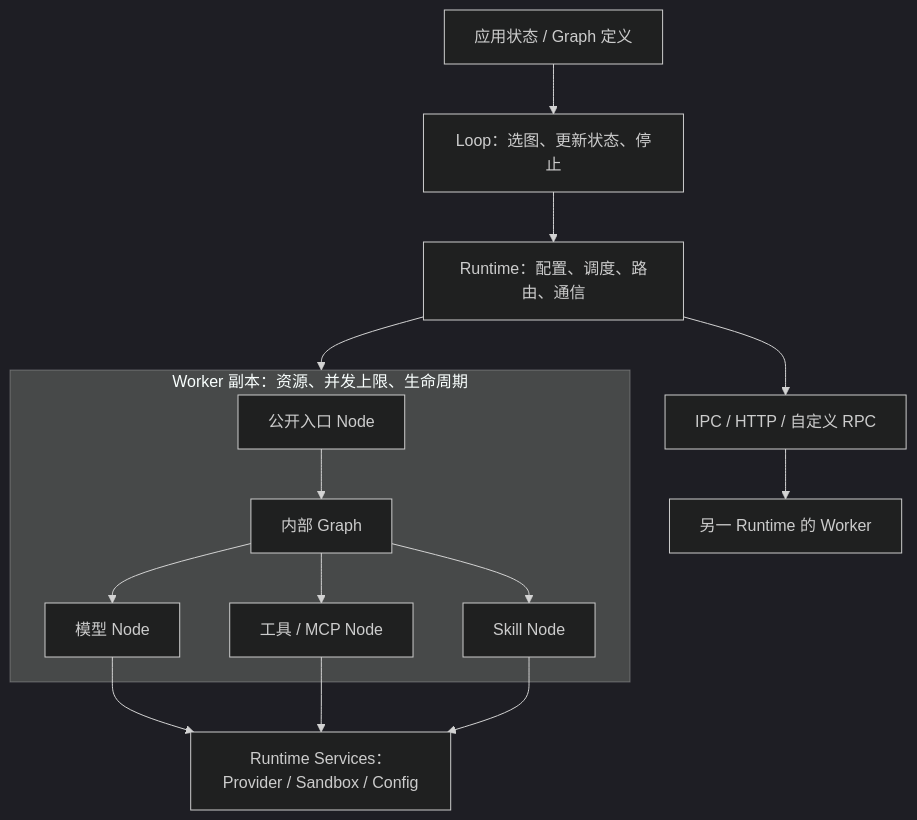
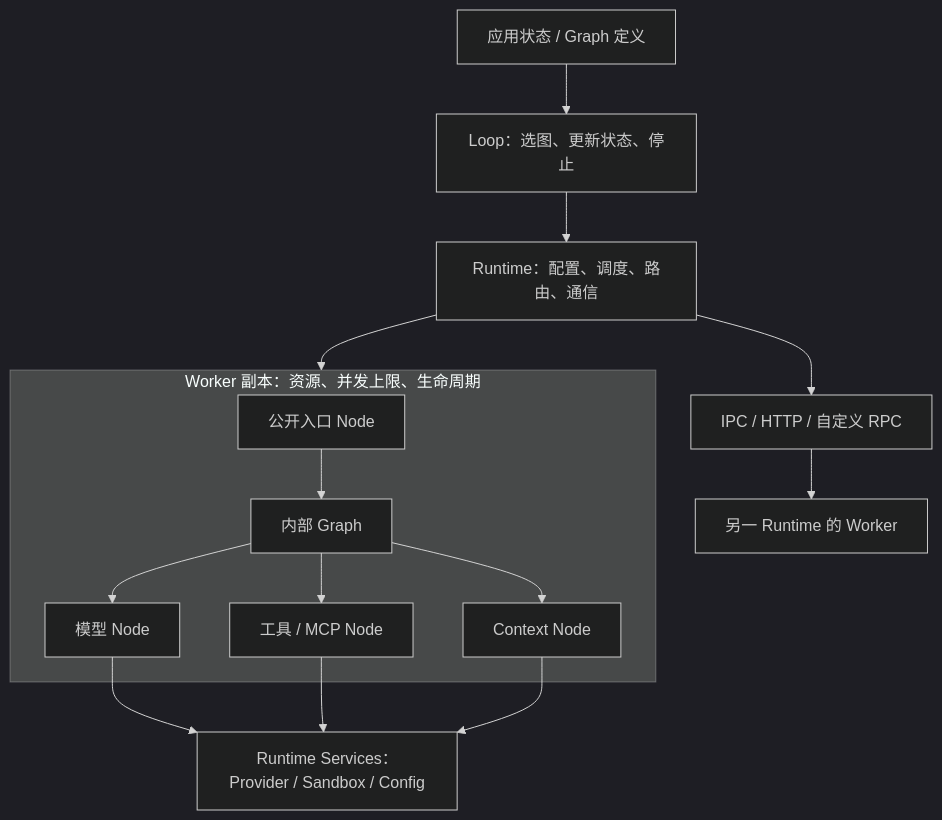
The diagram in docs/architecture.zh-CN.md (erwinmsmith/Ditto), drawn with Mermaid (dark theme) before and after one commit. The commit also changed other lines of this file and 37 other files, not shown here.

````diff
--- a/docs/architecture.zh-CN.md
+++ b/docs/architecture.zh-CN.md
@@ -9,17 +9,17 @@
 ```mermaid
 flowchart TB
   App[应用状态 / Graph 定义] --> Loop[Loop：选图、更新状态、停止]
   Loop --> Runtime[Runtime：配置、调度、路由、通信]
   Runtime --> A
   Runtime --> Transport[IPC / HTTP / 自定义 RPC]
   Transport --> B[另一 Runtime 的 Worker]
   subgraph A[Worker 副本：资源、并发上限、生命周期]
     Entry[公开入口 Node] --> G[内部 Graph]
     G --> Think[模型 Node]
     G --> Tool[工具 / MCP Node]
-    G --> Skill[Skill Node]
+    G --> Context[Context Node]
   end
   Think --> Services[Runtime Services：Provider / Sandbox / Config]
   Tool --> Services
-  Skill --> Services
+  Context --> Services
 ```
````
